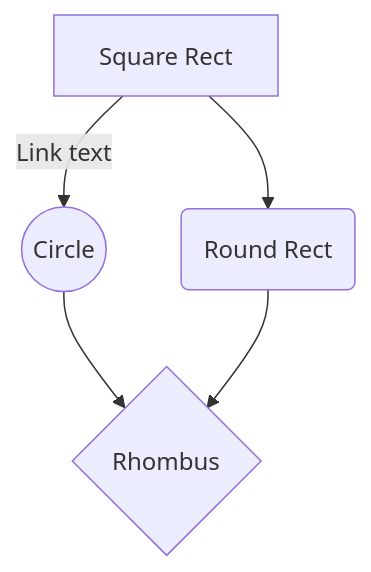
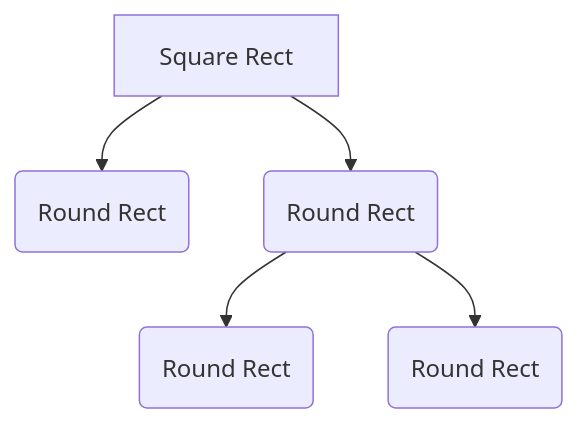
The diagram in Decision_Making_Under_Uncertainty.md (vicky-liu17/vicky-blogs), drawn with Mermaid before and after one commit.

Commit message:
Update Decision_Making_Under_Uncertainty.md
#modify: add flow chart

````diff
--- a/Decision_Making_Under_Uncertainty.md
+++ b/Decision_Making_Under_Uncertainty.md
@@ -17,7 +17,7 @@
 ```mermaid
 graph TD
-A[Square Rect] -- Link text --> B((Circle))
+A[Square Rect] --> B(Round Rect)
 A --> C(Round Rect)
-B --> D{Rhombus}
-C --> D
+C --> D(Round Rect)
+C --> E(Round Rect)
 ```
````
